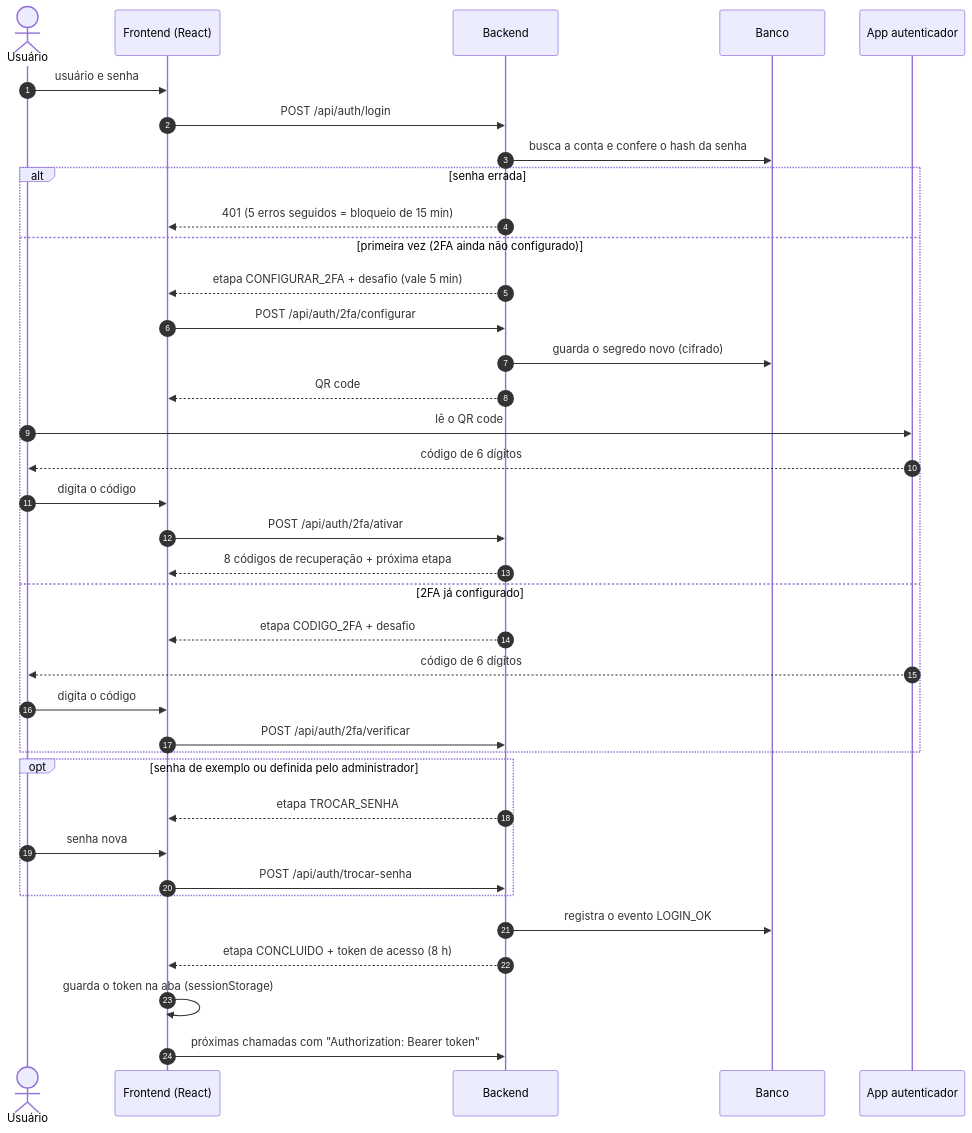
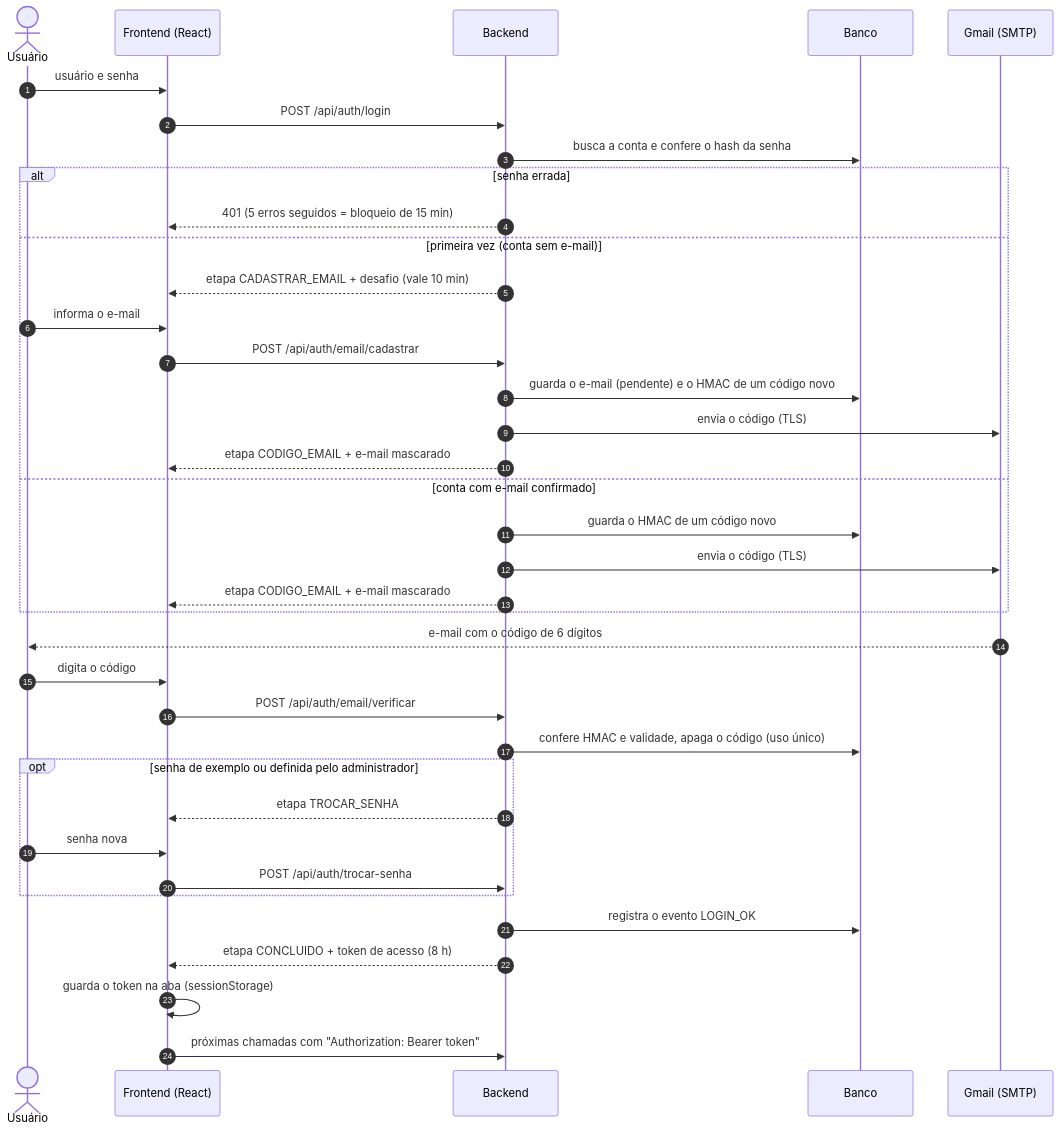
One commit to Roj10/SmartStock changed the fourth of 6 diagrams in docs/diagramas.md. Above: the diagram before and after it, drawn with Mermaid. The commit also changed other lines of this file and 26 other files, not shown here.

First line of the commit message:
2FA por e-mail no lugar do app autenticador

````diff
--- a/docs/diagramas.md
+++ b/docs/diagramas.md
@@ -195,40 +192,40 @@
 ```mermaid
 sequenceDiagram
     autonumber
     actor U as Usuário
     participant F as Frontend (React)
     participant B as Backend
     participant D as Banco
-    participant A as App autenticador
+    participant E as Gmail (SMTP)
 
     U->>F: usuário e senha
     F->>B: POST /api/auth/login
     B->>D: busca a conta e confere o hash da senha
     alt senha errada
         B-->>F: 401 (5 erros seguidos = bloqueio de 15 min)
-    else primeira vez (2FA ainda não configurado)
-        B-->>F: etapa CONFIGURAR_2FA + desafio (vale 5 min)
-        F->>B: POST /api/auth/2fa/configurar
-        B->>D: guarda o segredo novo (cifrado)
-        B-->>F: QR code
-        U->>A: lê o QR code
-        A-->>U: código de 6 dígitos
-        U->>F: digita o código
-        F->>B: POST /api/auth/2fa/ativar
-        B-->>F: 8 códigos de recuperação + próxima etapa
-    else 2FA já configurado
-        B-->>F: etapa CODIGO_2FA + desafio
-        A-->>U: código de 6 dígitos
-        U->>F: digita o código
-        F->>B: POST /api/auth/2fa/verificar
+    else primeira vez (conta sem e-mail)
+        B-->>F: etapa CADASTRAR_EMAIL + desafio (vale 10 min)
+        U->>F: informa o e-mail
+        F->>B: POST /api/auth/email/cadastrar
+        B->>D: guarda o e-mail (pendente) e o HMAC de um código novo
+        B->>E: envia o código (TLS)
+        B-->>F: etapa CODIGO_EMAIL + e-mail mascarado
+    else conta com e-mail confirmado
+        B->>D: guarda o HMAC de um código novo
+        B->>E: envia o código (TLS)
+        B-->>F: etapa CODIGO_EMAIL + e-mail mascarado
     end
+    E-->>U: e-mail com o código de 6 dígitos
+    U->>F: digita o código
+    F->>B: POST /api/auth/email/verificar
+    B->>D: confere HMAC e validade, apaga o código (uso único)
     opt senha de exemplo ou definida pelo administrador
         B-->>F: etapa TROCAR_SENHA
         U->>F: senha nova
         F->>B: POST /api/auth/trocar-senha
     end
     B->>D: registra o evento LOGIN_OK
     B-->>F: etapa CONCLUIDO + token de acesso (8 h)
     F->>F: guarda o token na aba (sessionStorage)
     F->>B: próximas chamadas com "Authorization: Bearer token"
 ```
````
